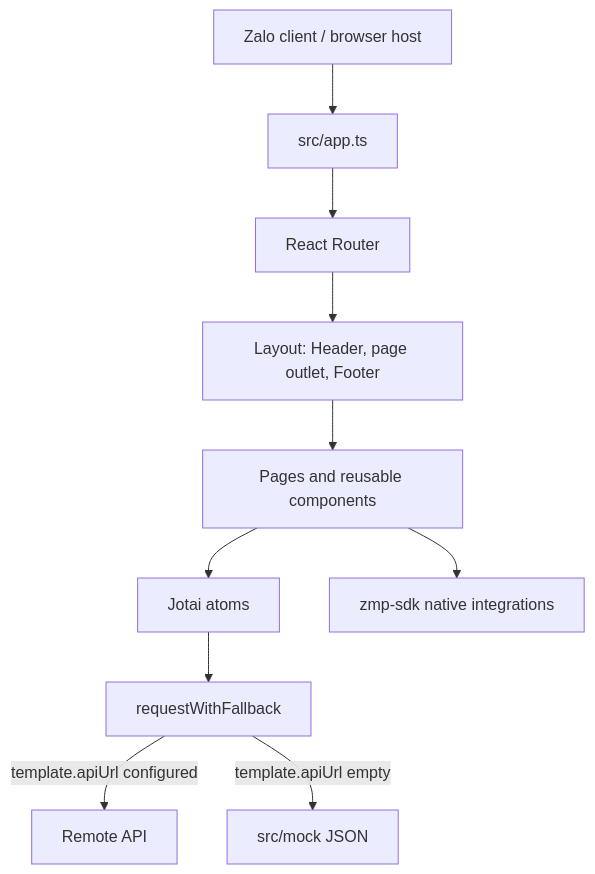
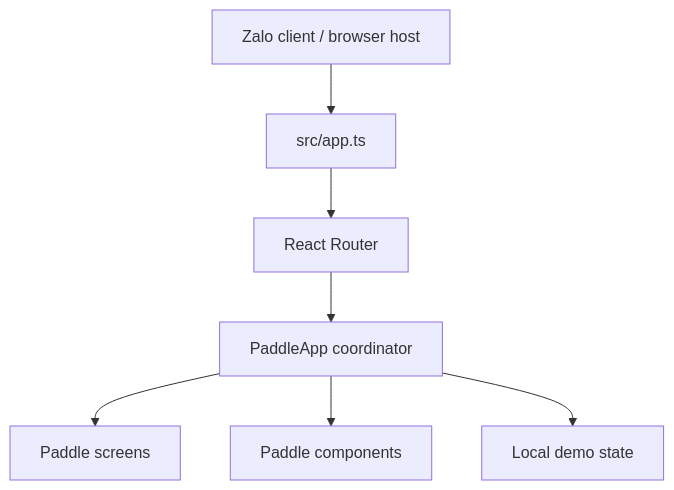
One commit to LuatHuynh/syndeo-voting-app changed the diagram in docs/agent-context/architecture.md. Above: the diagram before and after it, drawn with Mermaid. The commit also changed other lines of this file and 33 other files, not shown here.

````diff
--- a/docs/agent-context/architecture.md
+++ b/docs/agent-context/architecture.md
@@ -5,12 +5,9 @@
 ```mermaid
 flowchart TD
   A[Zalo client / browser host] --> B[src/app.ts]
   B --> C[React Router]
-  C --> D[Layout: Header, page outlet, Footer]
-  D --> E[Pages and reusable components]
-  E --> F[Jotai atoms]
-  F --> G[requestWithFallback]
-  G -->|template.apiUrl configured| H[Remote API]
-  G -->|template.apiUrl empty| I[src/mock JSON]
-  E --> J[zmp-sdk native integrations]
+  C --> D[PaddleApp coordinator]
+  D --> E[Paddle screens]
+  D --> F[Paddle components]
+  D --> G[Local demo state]
 ```
````
